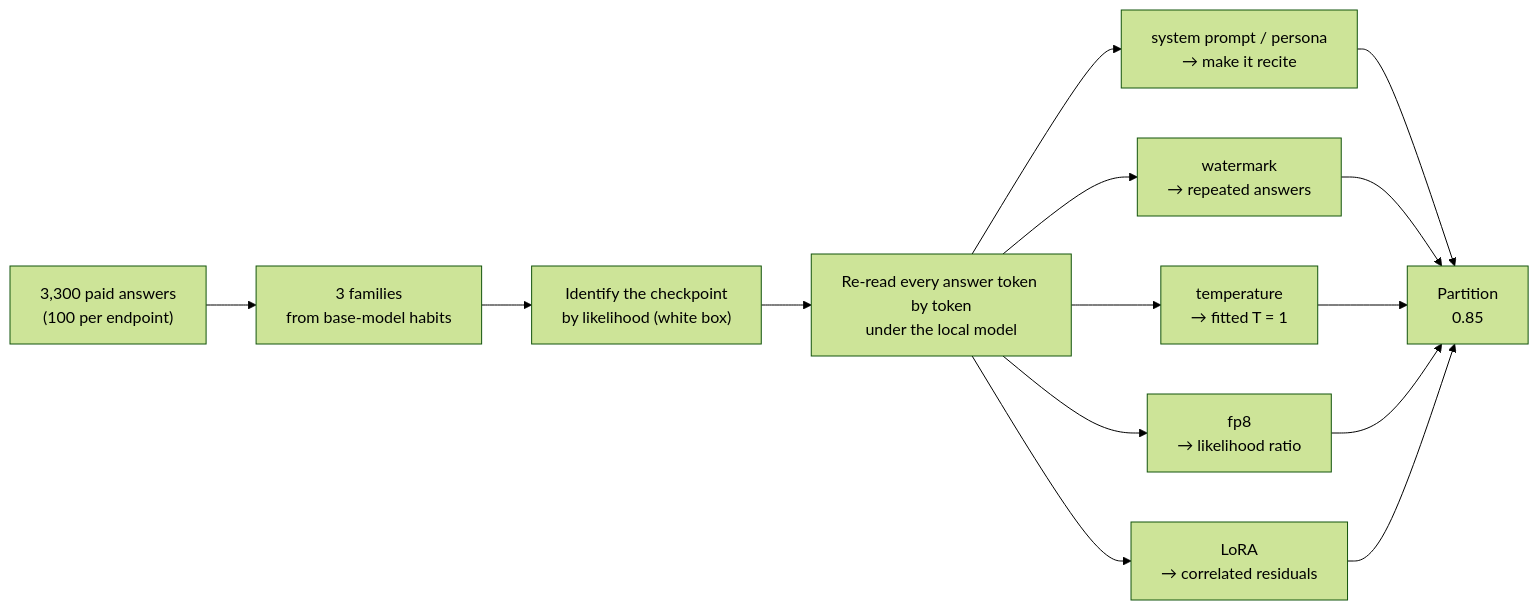
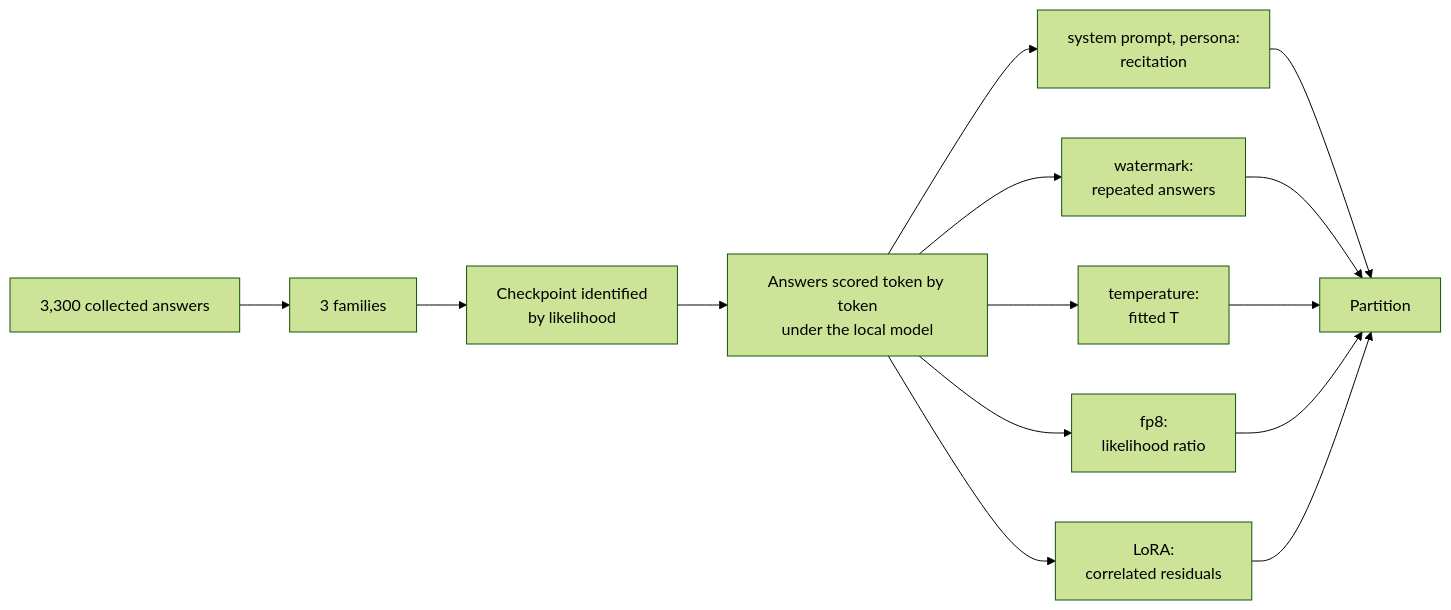
One commit to no0e/European_ai_championship changed the second of 2 diagrams in task2/README.md. Above: the diagram before and after it, drawn with Mermaid (forest theme). The commit also changed other lines of this file and 17 other files, not shown here.

````diff
--- a/task2/README.md
+++ b/task2/README.md
@@ -58,12 +48,12 @@
 ```mermaid
 flowchart LR
-    A["3,300 paid answers<br/>(100 per endpoint)"] --> B["3 families<br/>from base-model habits"]
-    B --> C["Identify the checkpoint<br/>by likelihood (white box)"]
-    C --> D["Re-read every answer token by token<br/>under the local model"]
-    D --> T1["system prompt / persona<br/>→ make it recite"]
-    D --> T2["watermark<br/>→ repeated answers"]
-    D --> T3["temperature<br/>→ fitted T = 1"]
-    D --> T4["fp8<br/>→ likelihood ratio"]
-    D --> T5["LoRA<br/>→ correlated residuals"]
-    T1 & T2 & T3 & T4 & T5 --> P["Partition<br/>0.85"]
+    A["3,300 collected answers"] --> B["3 families"]
+    B --> C["Checkpoint identified<br/>by likelihood"]
+    C --> D["Answers scored token by token<br/>under the local model"]
+    D --> T1["system prompt, persona:<br/>recitation"]
+    D --> T2["watermark:<br/>repeated answers"]
+    D --> T3["temperature:<br/>fitted T"]
+    D --> T4["fp8:<br/>likelihood ratio"]
+    D --> T5["LoRA:<br/>correlated residuals"]
+    T1 & T2 & T3 & T4 & T5 --> P["Partition"]
 ```
````
